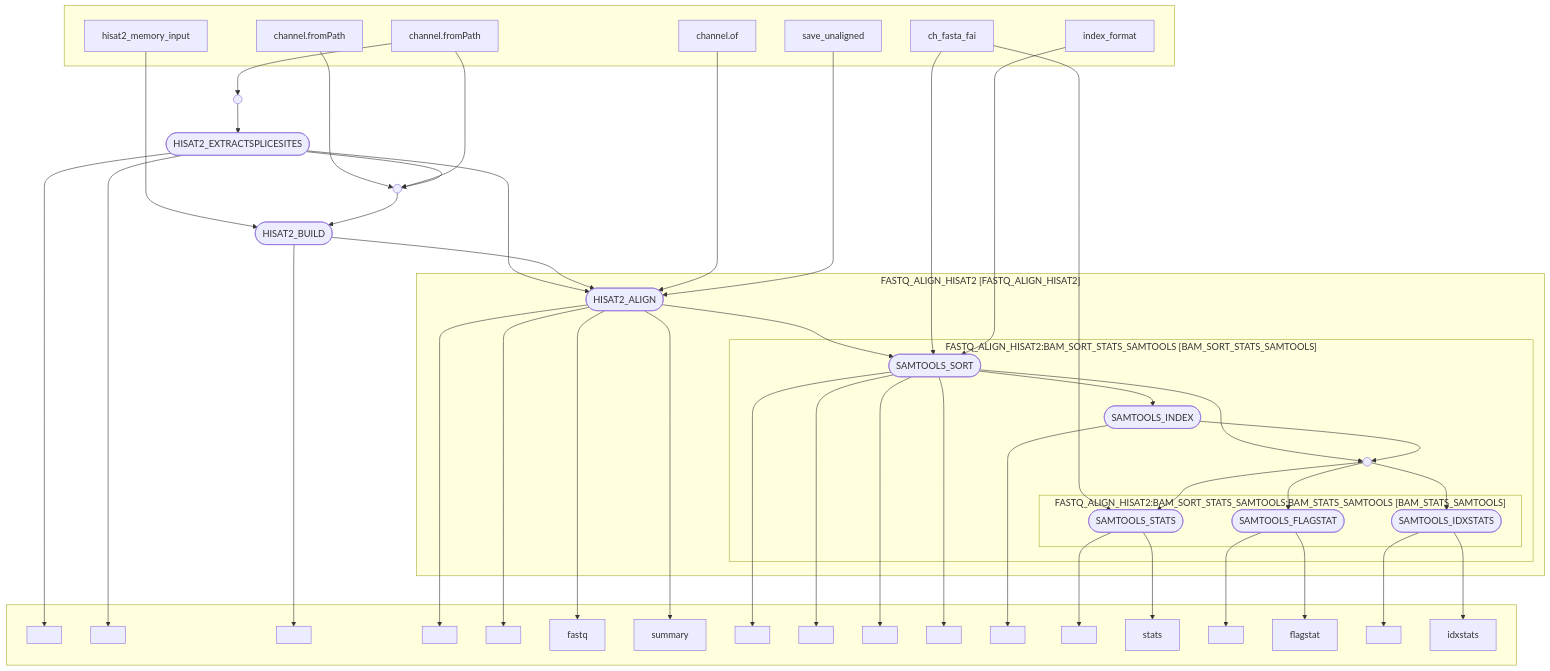
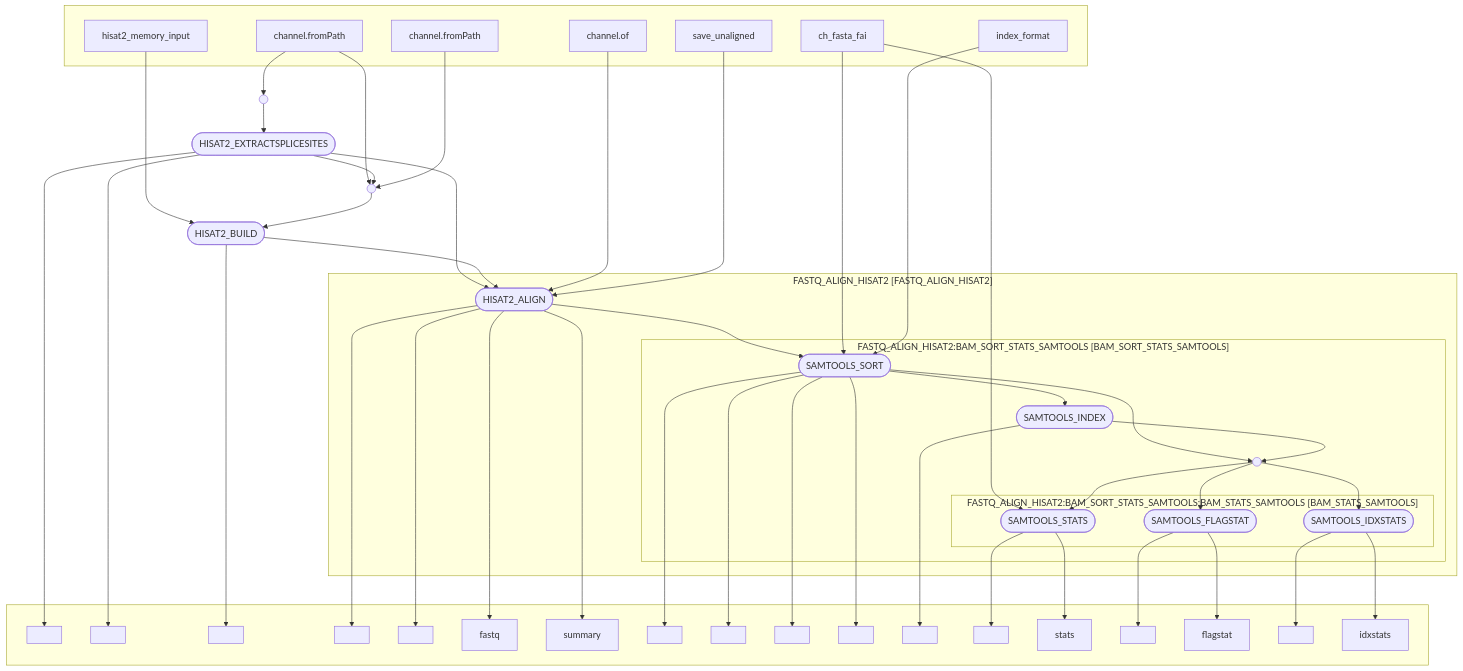
The diagram in resources/wrappers/subworkflows/nf-core/fastq_align_hisat2/wrapper/dag.mmd (dxsbiocc/phi), drawn with Mermaid before and after one commit. The commit also changed 34 other files, not shown here.

```diff
--- a/resources/wrappers/subworkflows/nf-core/fastq_align_hisat2/wrapper/dag.mmd
+++ b/resources/wrappers/subworkflows/nf-core/fastq_align_hisat2/wrapper/dag.mmd
@@ -1,86 +1,86 @@
 flowchart TB
     subgraph " "
     v0["channel.fromPath"]
-    v1["channel.fromPath"]
+    v5["channel.fromPath"]
     v10["hisat2_memory_input"]
     v13["channel.of"]
     v14["save_unaligned"]
     v20["ch_fasta_fai"]
     v21["index_format"]
     end
-    v3(["HISAT2_EXTRACTSPLICESITES"])
+    v2(["HISAT2_EXTRACTSPLICESITES"])
     subgraph " "
+    v3[" "]
     v4[" "]
-    v5[" "]
     v12[" "]
     v16[" "]
     v17[" "]
     v18["fastq"]
     v19["summary"]
     v23[" "]
     v24[" "]
     v25[" "]
     v26[" "]
     v28[" "]
     v31[" "]
     v32["stats"]
     v34[" "]
     v35["flagstat"]
     v37[" "]
     v38["idxstats"]
     end
     v11(["HISAT2_BUILD"])
     subgraph "FASTQ_ALIGN_HISAT2 [FASTQ_ALIGN_HISAT2]"
     v15(["HISAT2_ALIGN"])
     subgraph "FASTQ_ALIGN_HISAT2:BAM_SORT_STATS_SAMTOOLS [BAM_SORT_STATS_SAMTOOLS]"
     v22(["SAMTOOLS_SORT"])
     v27(["SAMTOOLS_INDEX"])
     subgraph "FASTQ_ALIGN_HISAT2:BAM_SORT_STATS_SAMTOOLS:BAM_STATS_SAMTOOLS [BAM_STATS_SAMTOOLS]"
     v30(["SAMTOOLS_STATS"])
     v33(["SAMTOOLS_FLAGSTAT"])
     v36(["SAMTOOLS_IDXSTATS"])
     end
     v29(( ))
     end
     end
-    v2(( ))
+    v1(( ))
     v6(( ))
+    v0 --> v1
     v0 --> v6
     v1 --> v2
-    v1 --> v6
+    v2 --> v4
     v2 --> v3
-    v3 --> v5
-    v3 --> v4
-    v3 --> v15
-    v3 --> v6
+    v2 --> v15
+    v2 --> v6
+    v5 --> v6
     v10 --> v11
     v6 --> v11
     v11 --> v15
     v11 --> v12
     v13 --> v15
     v14 --> v15
     v15 --> v22
     v15 --> v19
     v15 --> v18
     v15 --> v17
     v15 --> v16
     v20 --> v22
     v20 --> v30
     v21 --> v22
     v22 --> v27
     v22 --> v26
     v22 --> v25
     v22 --> v24
     v22 --> v23
     v22 --> v29
     v27 --> v28
     v27 --> v29
     v29 --> v30
     v30 --> v32
     v30 --> v31
     v29 --> v33
     v33 --> v35
     v33 --> v34
     v29 --> v36
     v36 --> v38
     v36 --> v37
```
